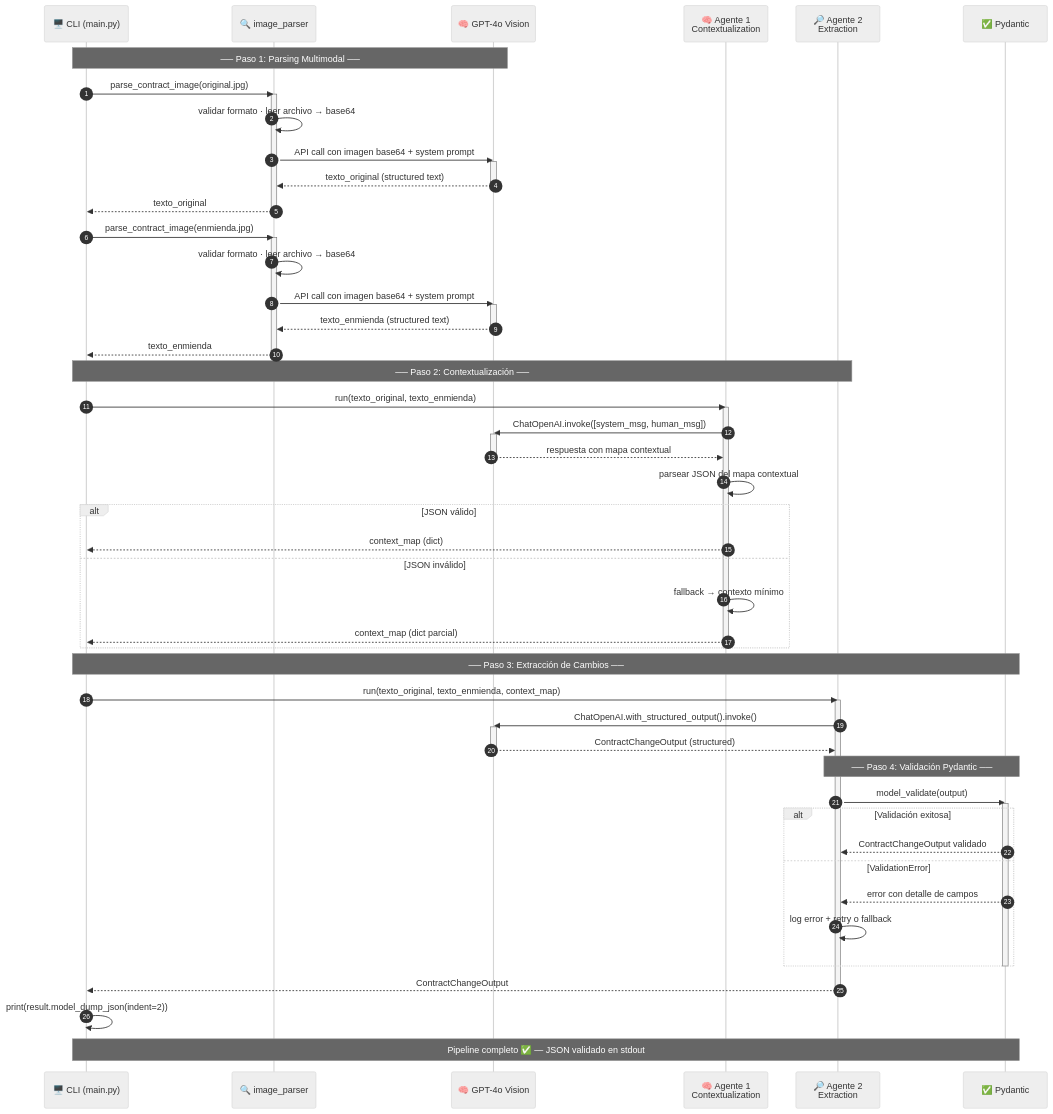
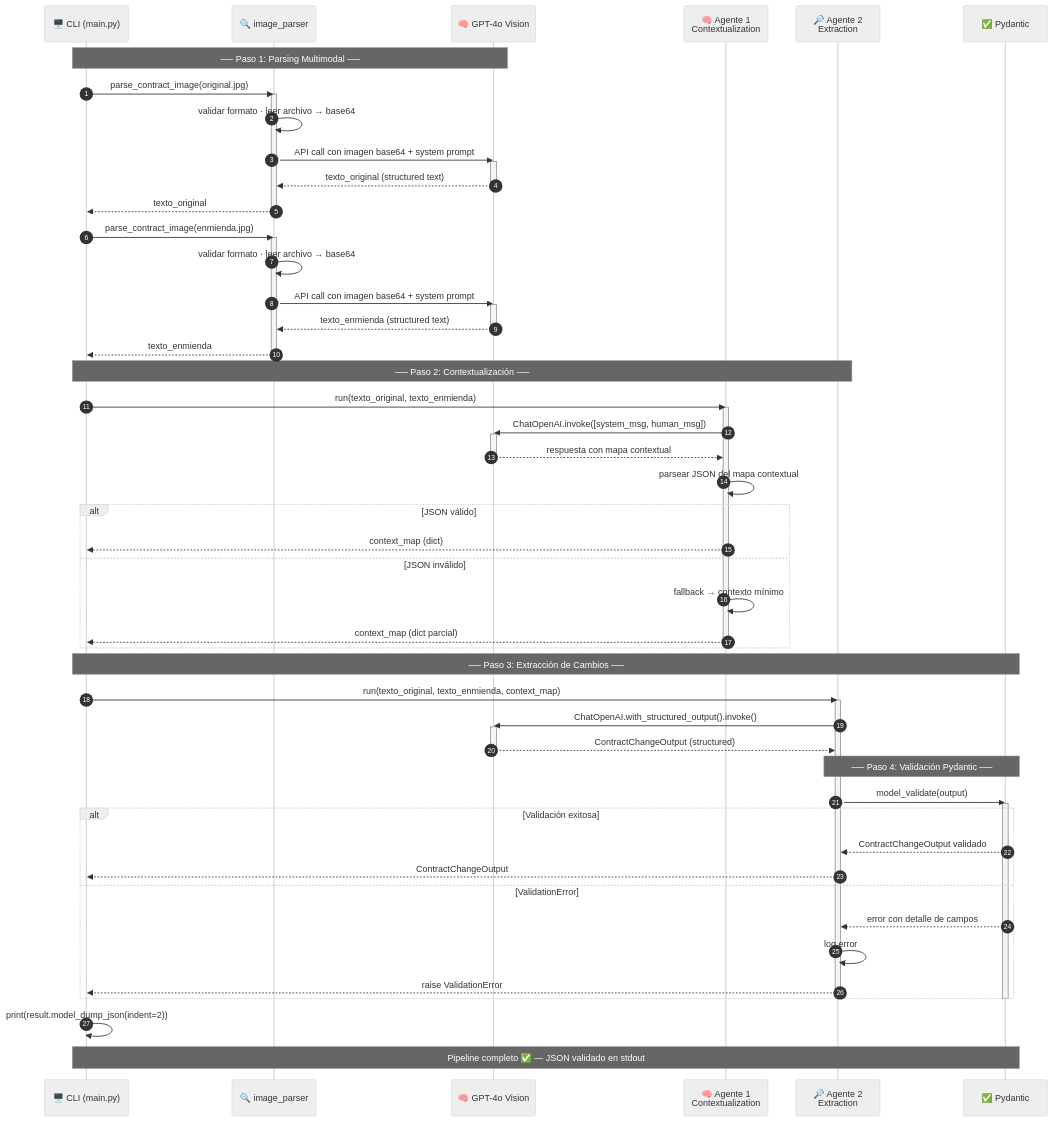
One commit to oriasmauro/henry-aem4 changed the second of 5 diagrams in README.md. Above: the diagram before and after it, drawn with Mermaid (neutral theme). The commit also changed other lines of this file and 6 other files, not shown here.

````diff
--- a/README.md
+++ b/README.md
@@ -53,76 +74,77 @@
 ```mermaid
 sequenceDiagram
     autonumber
     participant CLI as 🖥️ CLI (main.py)
     participant IP as 🔍 image_parser
     participant GPT as 🧠 GPT-4o Vision
     participant CA as 🧠 Agente 1<br/>Contextualization
     participant EA as 🔎 Agente 2<br/>Extraction
     participant PYD as ✅ Pydantic
 
     Note over CLI,GPT: ── Paso 1: Parsing Multimodal ──
 
     CLI->>IP: parse_contract_image(original.jpg)
     activate IP
     IP->>IP: validar formato · leer archivo → base64
     IP->>GPT: API call con imagen base64 + system prompt
     activate GPT
     GPT-->>IP: texto_original (structured text)
     deactivate GPT
     IP-->>CLI: texto_original
     deactivate IP
 
     CLI->>IP: parse_contract_image(enmienda.jpg)
     activate IP
     IP->>IP: validar formato · leer archivo → base64
     IP->>GPT: API call con imagen base64 + system prompt
     activate GPT
     GPT-->>IP: texto_enmienda (structured text)
     deactivate GPT
     IP-->>CLI: texto_enmienda
     deactivate IP
 
     Note over CLI,EA: ── Paso 2: Contextualización ──
 
     CLI->>CA: run(texto_original, texto_enmienda)
     activate CA
     CA->>GPT: ChatOpenAI.invoke([system_msg, human_msg])
     activate GPT
     GPT-->>CA: respuesta con mapa contextual
     deactivate GPT
     CA->>CA: parsear JSON del mapa contextual
     alt JSON válido
         CA-->>CLI: context_map (dict)
     else JSON inválido
         CA->>CA: fallback → contexto mínimo
         CA-->>CLI: context_map (dict parcial)
     end
     deactivate CA
 
     Note over CLI,PYD: ── Paso 3: Extracción de Cambios ──
 
     CLI->>EA: run(texto_original, texto_enmienda, context_map)
     activate EA
     EA->>GPT: ChatOpenAI.with_structured_output().invoke()
     activate GPT
     GPT-->>EA: ContractChangeOutput (structured)
     deactivate GPT
 
     Note over EA,PYD: ── Paso 4: Validación Pydantic ──
 
     EA->>PYD: model_validate(output)
     activate PYD
     alt Validación exitosa
         PYD-->>EA: ContractChangeOutput validado
+        EA-->>CLI: ContractChangeOutput
     else ValidationError
         PYD-->>EA: error con detalle de campos
-        EA->>EA: log error + retry o fallback
+        EA->>EA: log error
+        EA-->>CLI: raise ValidationError
     end
     deactivate PYD
-    EA-->>CLI: ContractChangeOutput
     deactivate EA
 
     CLI->>CLI: print(result.model_dump_json(indent=2))
 
     Note over CLI,PYD: Pipeline completo ✅ — JSON validado en stdout
 ```
````
